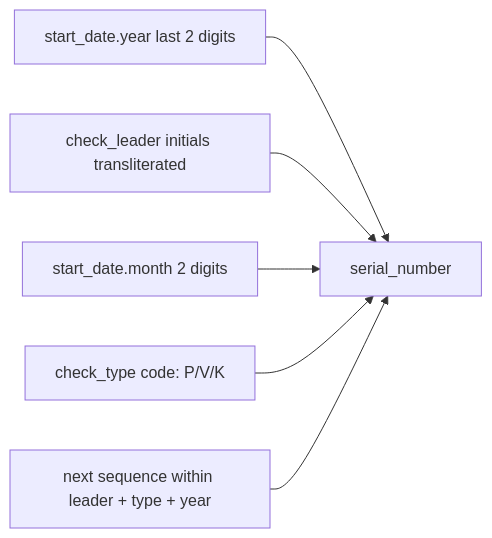
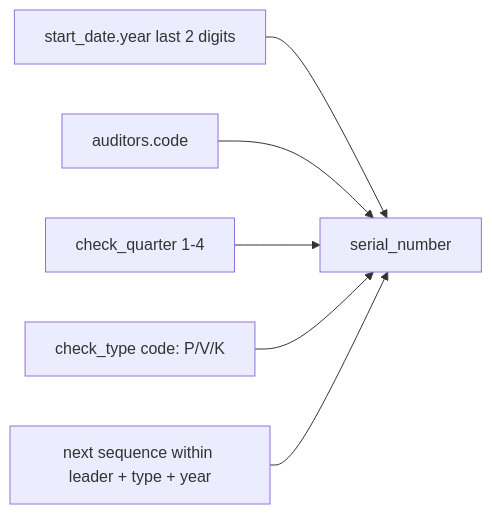
One commit to sweetd0vee/sokol changed the third of 7 diagrams in sokol-backend/docs/DATABASE_SCHEMA.md. Above: the diagram before and after it, drawn with Mermaid. The commit also changed other lines of this file and 18 other files, not shown here.

````diff
--- a/sokol-backend/docs/DATABASE_SCHEMA.md
+++ b/sokol-backend/docs/DATABASE_SCHEMA.md
@@ -177,8 +178,8 @@
 ```mermaid
 flowchart LR
     YEAR[start_date.year last 2 digits] --> KEY[serial_number]
-    LEADER[check_leader initials transliterated] --> KEY
-    MONTH[start_date.month 2 digits] --> KEY
+    LEADER[auditors.code] --> KEY
+    QUARTER[check_quarter 1-4] --> KEY
     TYPE[check_type code: P/V/K] --> KEY
     N[next sequence within leader + type + year] --> KEY
 ```
````
